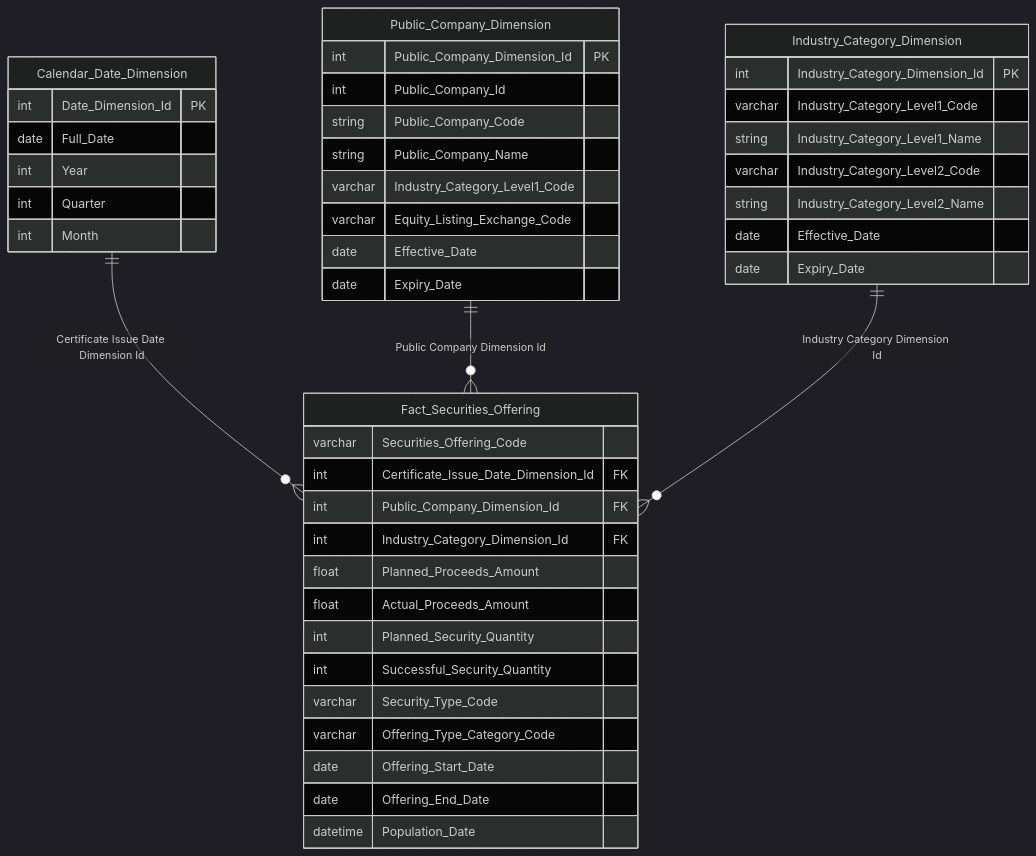
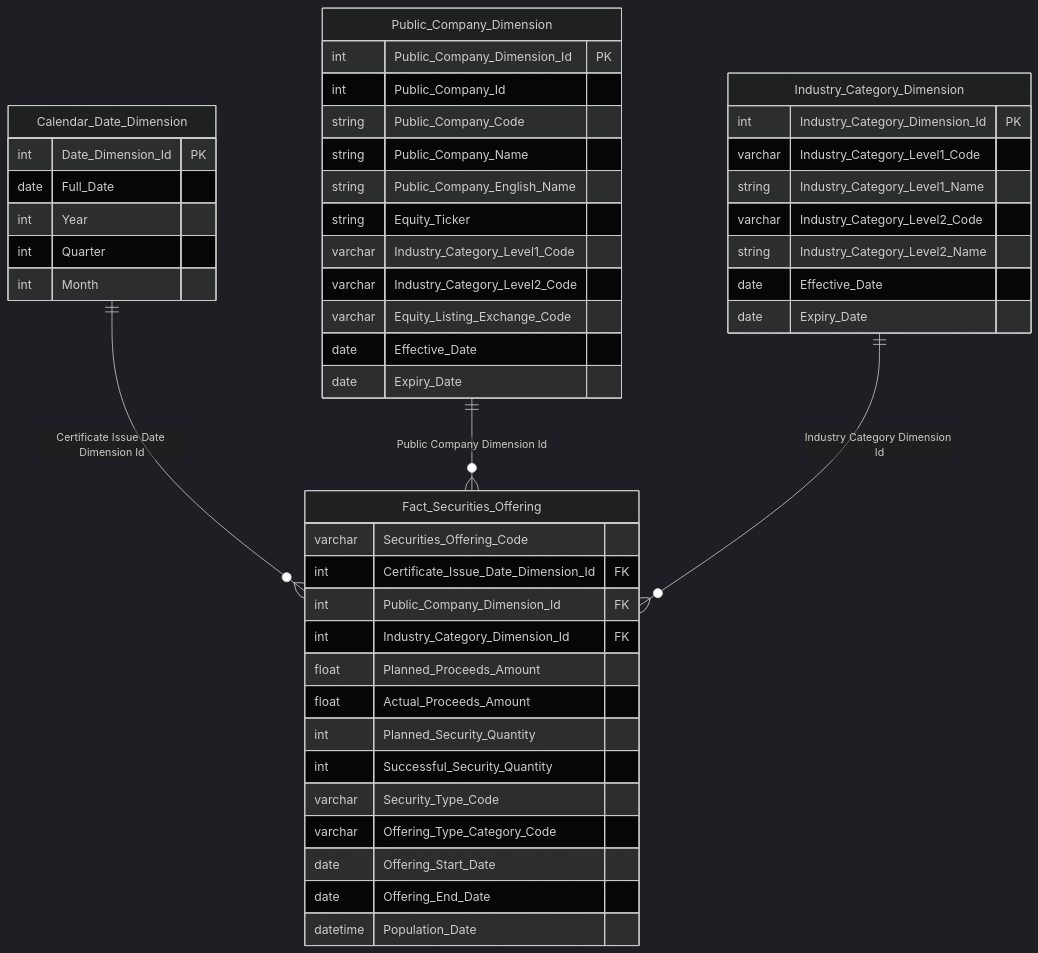
Before and after one commit to linhlvit/ubck_atomic_design: the fourth of 14 diagrams in Gold/hld/GOLD_QLCB_HLD.md, drawn with Mermaid (dark theme). The commit also changed other lines of this file and 4 other files, not shown here.

````diff
--- a/Gold/hld/GOLD_QLCB_HLD.md
+++ b/Gold/hld/GOLD_QLCB_HLD.md
@@ -157,48 +157,51 @@
 ```mermaid
 erDiagram
     Calendar_Date_Dimension {
         int Date_Dimension_Id PK
         date Full_Date
         int Year
         int Quarter
         int Month
     }
     Public_Company_Dimension {
         int Public_Company_Dimension_Id PK
         int Public_Company_Id
         string Public_Company_Code
         string Public_Company_Name
+        string Public_Company_English_Name
+        string Equity_Ticker
         varchar Industry_Category_Level1_Code
+        varchar Industry_Category_Level2_Code
         varchar Equity_Listing_Exchange_Code
         date Effective_Date
         date Expiry_Date
     }
     Industry_Category_Dimension {
         int Industry_Category_Dimension_Id PK
         varchar Industry_Category_Level1_Code
         string Industry_Category_Level1_Name
         varchar Industry_Category_Level2_Code
         string Industry_Category_Level2_Name
         date Effective_Date
         date Expiry_Date
     }
     Fact_Securities_Offering {
         varchar Securities_Offering_Code
         int Certificate_Issue_Date_Dimension_Id FK
         int Public_Company_Dimension_Id FK
         int Industry_Category_Dimension_Id FK
         float Planned_Proceeds_Amount
         float Actual_Proceeds_Amount
         int Planned_Security_Quantity
         int Successful_Security_Quantity
         varchar Security_Type_Code
         varchar Offering_Type_Category_Code
         date Offering_Start_Date
         date Offering_End_Date
         datetime Population_Date
     }
 
     Calendar_Date_Dimension ||--o{ Fact_Securities_Offering : "Certificate Issue Date Dimension Id"
     Public_Company_Dimension ||--o{ Fact_Securities_Offering : "Public Company Dimension Id"
     Industry_Category_Dimension ||--o{ Fact_Securities_Offering : "Industry Category Dimension Id"
 ```
````
